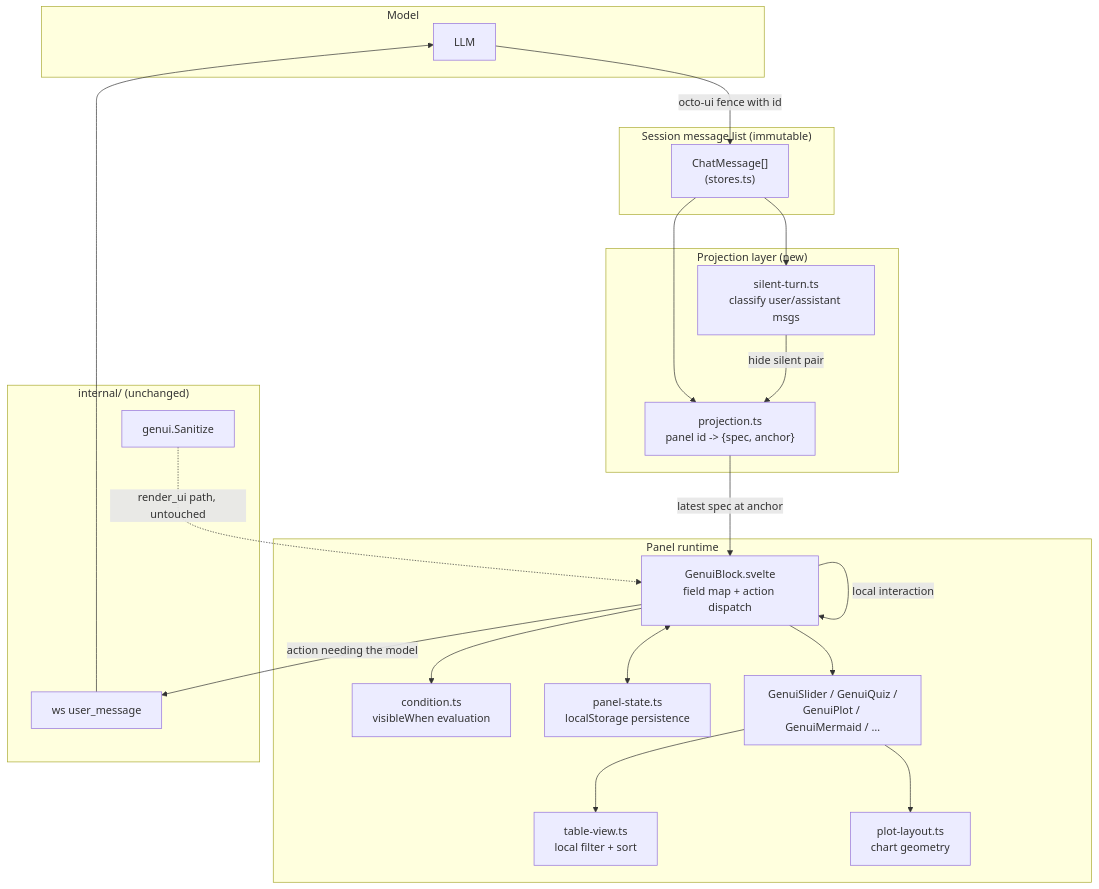
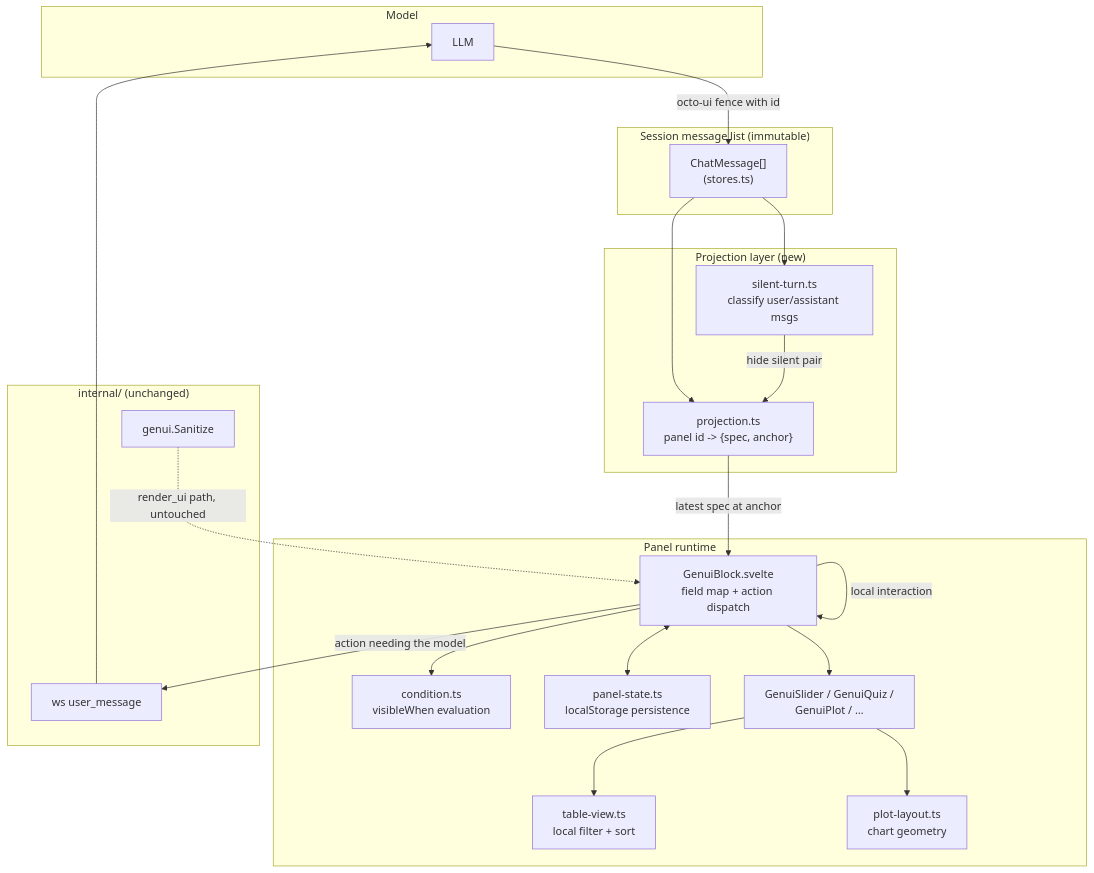
The diagram in dev-docs/genui-interactive-panels-design.md (qwer233qq/octo-agent), drawn with Mermaid before and after one commit. The commit also changed other lines of this file and 20 other files, not shown here.

First line of the commit message:
feat(web): render mermaid fences in chat; drop the GenUI mermaid node (#2547)

````diff
--- a/dev-docs/genui-interactive-panels-design.md
+++ b/dev-docs/genui-interactive-panels-design.md
@@ -62,44 +61,44 @@
 ```mermaid
 flowchart TB
     subgraph Model
         M[LLM]
     end
 
     subgraph Messages["Session message list (immutable)"]
         MSG["ChatMessage[]<br/>(stores.ts)"]
     end
 
     subgraph Projection["Projection layer (new)"]
         PJ["projection.ts<br/>panel id -> {spec, anchor}"]
         SIL["silent-turn.ts<br/>classify user/assistant msgs"]
     end
 
     subgraph Panel["Panel runtime"]
         GB["GenuiBlock.svelte<br/>field map + action dispatch"]
         COND["condition.ts<br/>visibleWhen evaluation"]
         TV["table-view.ts<br/>local filter + sort"]
         PL["plot-layout.ts<br/>chart geometry"]
         ST["panel-state.ts<br/>localStorage persistence"]
-        NODES["GenuiSlider / GenuiQuiz /<br/>GenuiPlot / GenuiMermaid / …"]
+        NODES["GenuiSlider / GenuiQuiz /<br/>GenuiPlot / …"]
     end
 
     subgraph Backend["internal/ (unchanged)"]
         WS["ws user_message"]
         GUARD["genui.Sanitize"]
     end
 
     M -- "octo-ui fence with id" --> MSG
     MSG --> PJ
     MSG --> SIL
     SIL -- "hide silent pair" --> PJ
     PJ -- "latest spec at anchor" --> GB
     GB <--> ST
     GB --> COND
     GB --> NODES
     NODES --> TV
     NODES --> PL
     GB -- "local interaction" --> GB
     GB -- "action needing the model" --> WS
     WS --> M
     GUARD -. "render_ui path, untouched" .-> GB
 ```
````
